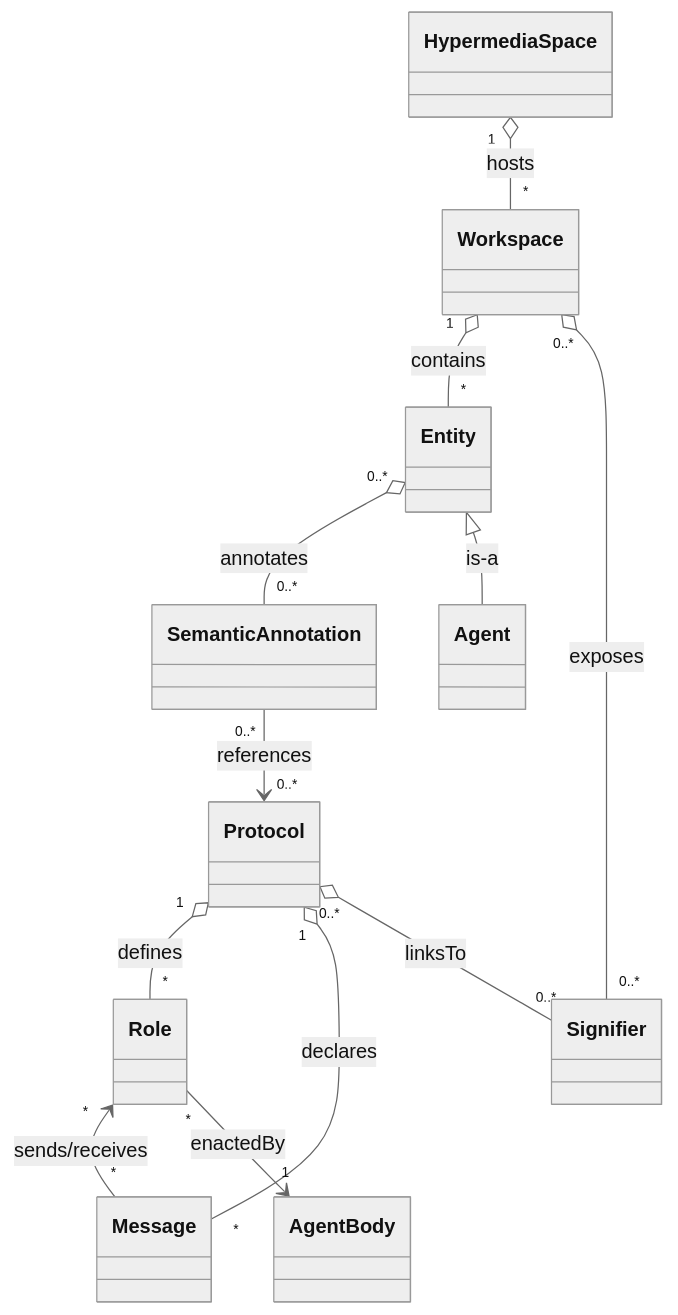
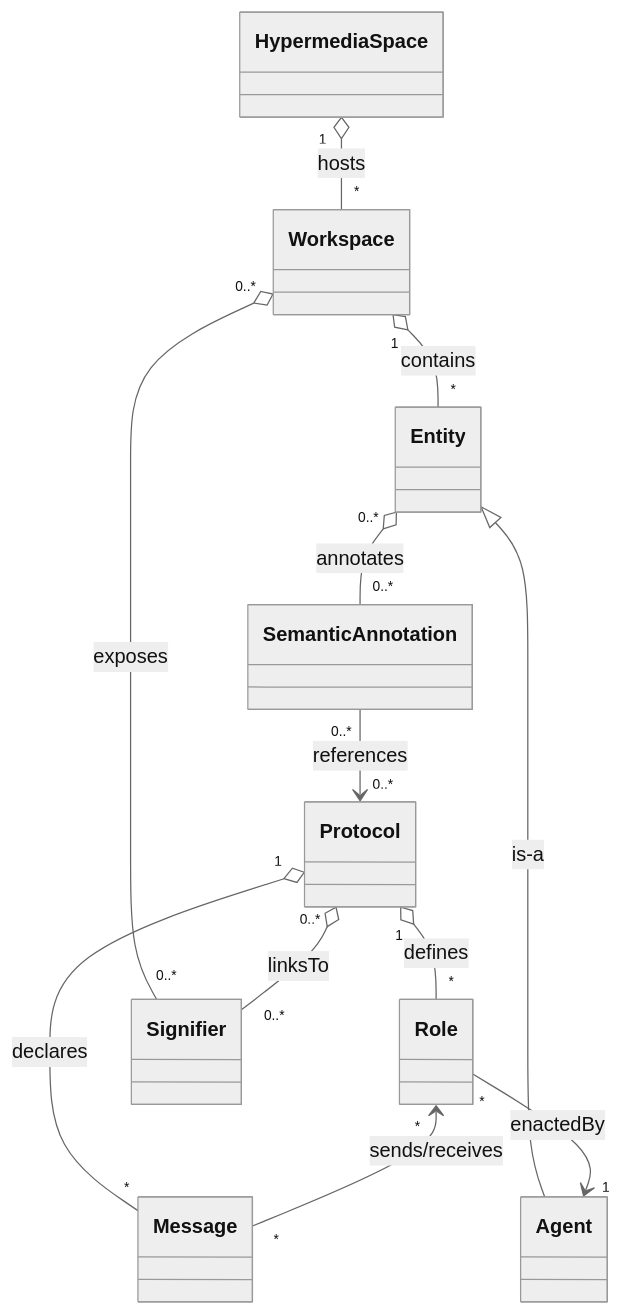
One commit to KaiTries/MasterThesis changed the first of 2 diagrams in docs/MetaModel.md. Above: the diagram before and after it, drawn with Mermaid (neutral theme).

Commit message:
metamodel

````diff
--- a/docs/MetaModel.md
+++ b/docs/MetaModel.md
@@ -7,48 +7,48 @@
 ```mermaid
 classDiagram
 
  %% --- Hypermedia layer ---
  class HypermediaSpace {
  }
  class Workspace {
  }
  class Entity {
  }
  class Agent {
  }
  class SemanticAnnotation {
  }
 
  %% workspace
  HypermediaSpace "1" o-- "*" Workspace : hosts
  Workspace "1" o-- "*" Entity : contains
 
  %% Entities
  Entity "0..*" o-- "0..*" SemanticAnnotation : annotates
 
  %% AgentBody
  Entity <|-- Agent : is-a
 
 
  %% --- Protocol specification (BSPL/IOSE) ---
  class Protocol {
  }
  class Role {
  }
  class Message {
  }
 
  Protocol "1" o-- "*" Role : defines
  Protocol "1" o-- "*" Message : declares
  Role "*" <-- "*" Message : sends/receives
 
- Role "*" --> "1" AgentBody : enactedBy
+ Role "*" --> "1" Agent : enactedBy
 
  %% --- Cues for in-context discovery ---
  class Signifier {
  }
  Workspace "0..*" o-- "0..*" Signifier : exposes
  Protocol "0..*" o-- "0..*" Signifier : linksTo
  SemanticAnnotation "0..*" --> "0..*" Protocol : references
 
 ```
````
